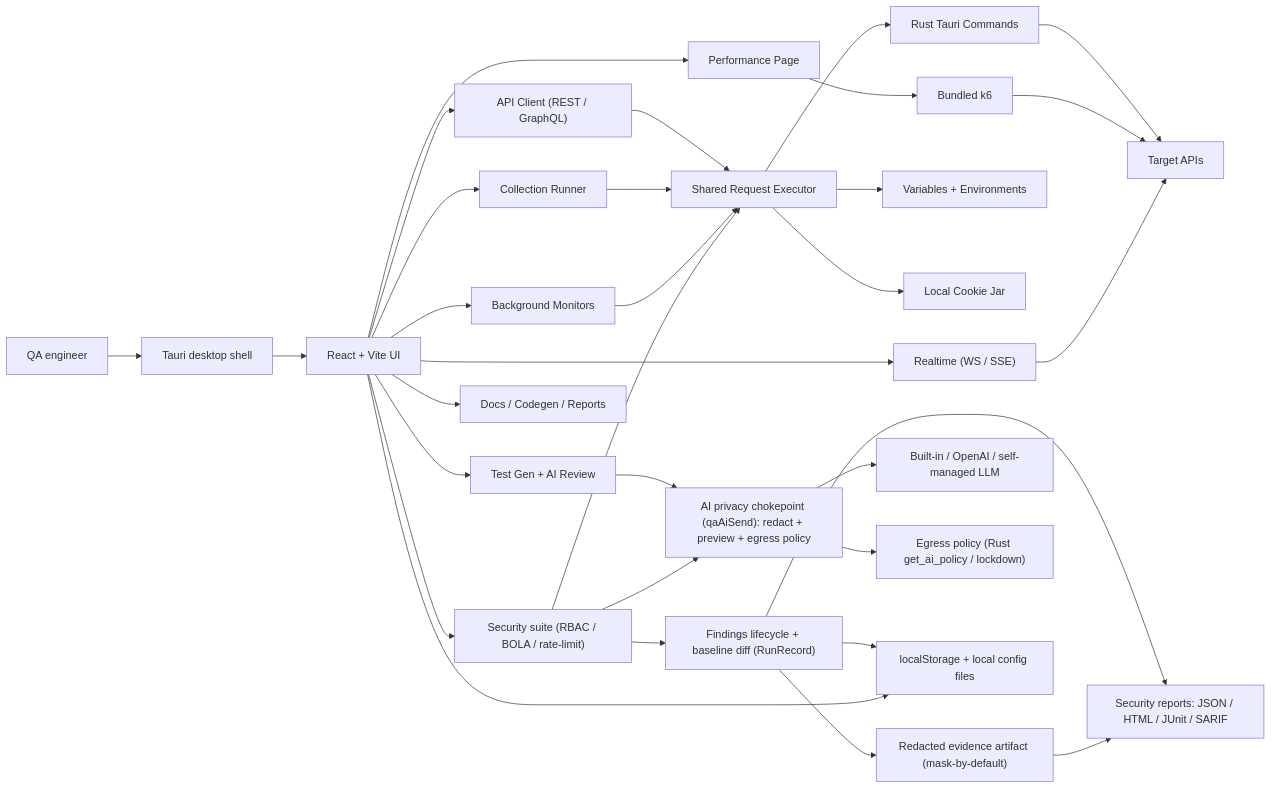
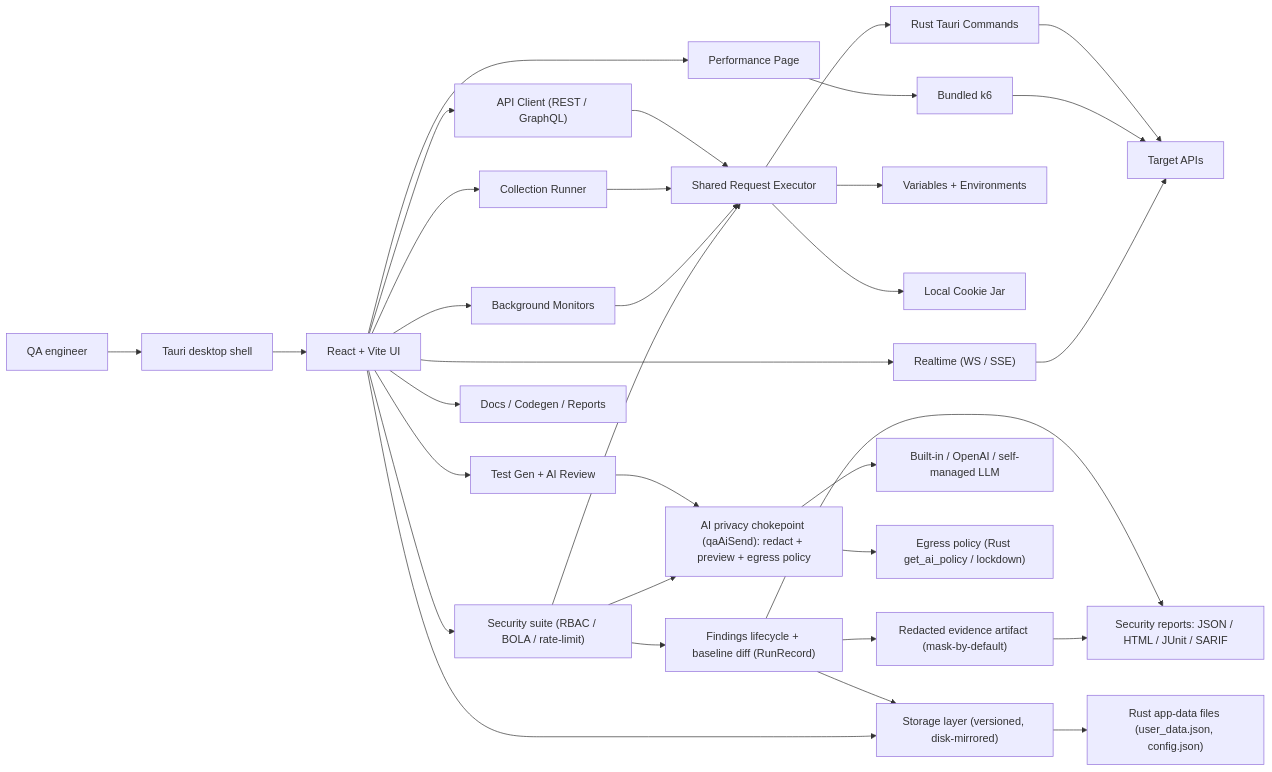
One commit to asdfghj1237890/qa-touchstone changed the diagram in README.md. Above: the diagram before and after it, drawn with Mermaid. The commit also changed other lines of this file and 2 other files, not shown here.

First line of the commit message:
docs: refresh README + assessment for TypeScript, storage layer, PSL, and the shipped security suite

````diff
--- a/README.md
+++ b/README.md
@@ -124,40 +125,41 @@
 ```mermaid
 flowchart LR
   User["QA engineer"] --> Shell["Tauri desktop shell"]
   Shell --> UI["React + Vite UI"]
 
   UI --> Client["API Client (REST / GraphQL)"]
   UI --> Runner["Collection Runner"]
   UI --> Security["Security suite (RBAC / BOLA / rate-limit)"]
   UI --> Monitors["Background Monitors"]
   UI --> Perf["Performance Page"]
   UI --> AI["Test Gen + AI Review"]
   UI --> Realtime["Realtime (WS / SSE)"]
   UI --> Docs["Docs / Codegen / Reports"]
 
   Client --> Executor["Shared Request Executor"]
   Runner --> Executor
   Monitors --> Executor
   Security --> Executor
 
   Security --> Findings["Findings lifecycle + baseline diff (RunRecord)"]
   Findings --> Evidence["Redacted evidence artifact (mask-by-default)"]
   Findings --> Reports["Security reports: JSON / HTML / JUnit / SARIF"]
   Evidence --> Reports
 
   Executor --> Vars["Variables + Environments"]
   Executor --> Cookies["Local Cookie Jar"]
   Executor --> Rust["Rust Tauri Commands"]
   Rust --> APIs["Target APIs"]
 
   Perf --> K6["Bundled k6"]
   K6 --> APIs
   Realtime --> APIs
 
   AI --> AIGate["AI privacy chokepoint (qaAiSend): redact + preview + egress policy"]
   Security --> AIGate
   AIGate --> LLM["Built-in / OpenAI / self-managed LLM"]
   AIGate --> AIPolicy["Egress policy (Rust get_ai_policy / lockdown)"]
-  Findings --> Storage["localStorage + local config files"]
+  Findings --> Storage["Storage layer (versioned, disk-mirrored)"]
+  Storage --> Disk["Rust app-data files (user_data.json, config.json)"]
   UI --> Storage
 ```
````
